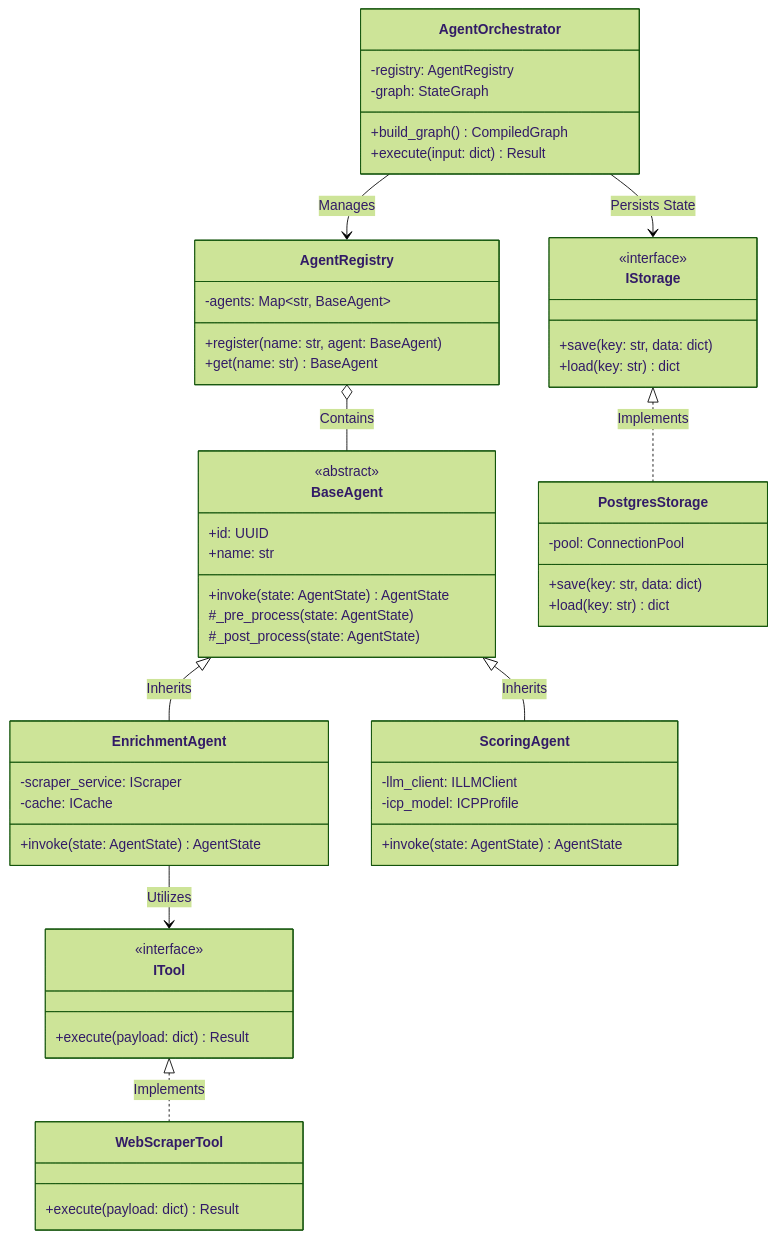
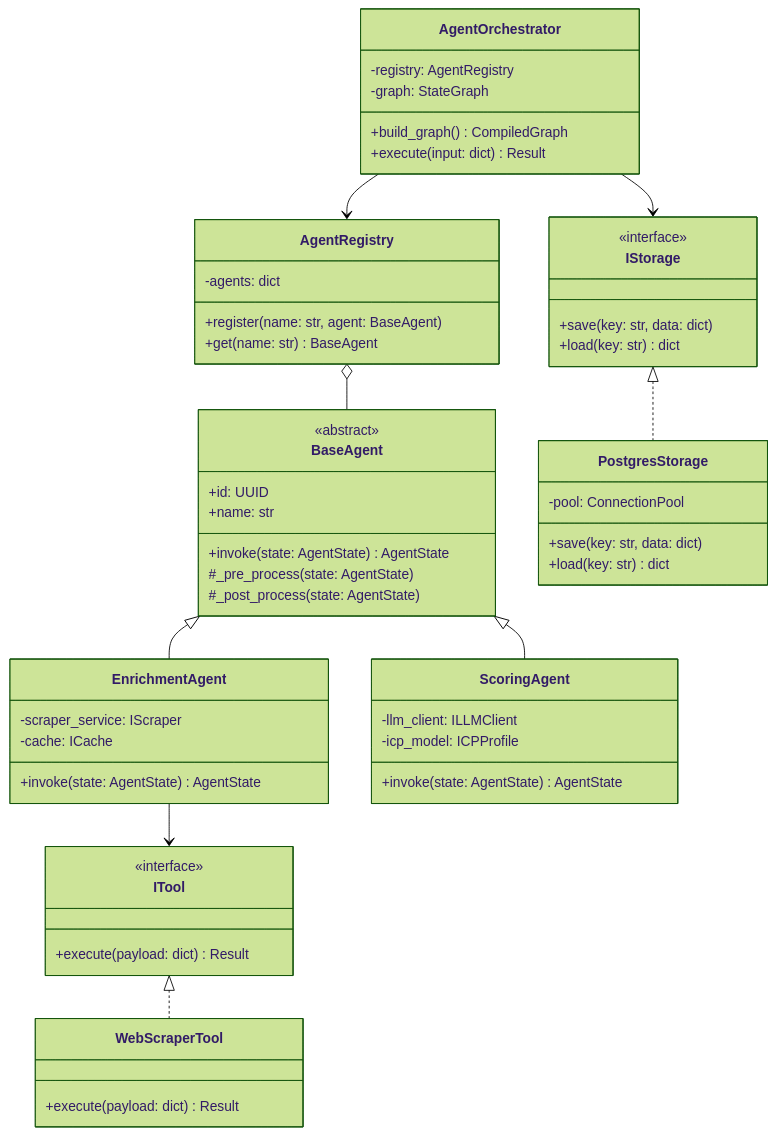
Before and after one commit to DeviPrasad7/Ideal-Customer-Profile-Agent: the diagram in backend/CLASS_DIAGRAM.md, drawn with Mermaid (forest theme). The commit also changed other lines of this file and 7 other files, not shown here.

Commit message:
docs: add comprehensive project architecture documentation and development guidelines

````diff
--- a/backend/CLASS_DIAGRAM.md
+++ b/backend/CLASS_DIAGRAM.md
@@ -20,73 +20,69 @@
 ```mermaid
 classDiagram
     direction TB
     
-    %% Core Abstractions
     class BaseAgent {
         <<abstract>>
         +id: UUID
         +name: str
         +invoke(state: AgentState) AgentState
         #_pre_process(state: AgentState)
         #_post_process(state: AgentState)
     }
 
     class ITool {
         <<interface>>
         +execute(payload: dict) Result
     }
 
     class IStorage {
         <<interface>>
         +save(key: str, data: dict)
         +load(key: str) dict
     }
 
-    %% Concrete Implementations
     class EnrichmentAgent {
         -scraper_service: IScraper
         -cache: ICache
         +invoke(state: AgentState) AgentState
     }
 
     class ScoringAgent {
         -llm_client: ILLMClient
         -icp_model: ICPProfile
         +invoke(state: AgentState) AgentState
     }
     
     class WebScraperTool {
         +execute(payload: dict) Result
     }
     
     class PostgresStorage {
         -pool: ConnectionPool
         +save(key: str, data: dict)
         +load(key: str) dict
     }
 
-    %% Orchestration
     class AgentOrchestrator {
         -registry: AgentRegistry
         -graph: StateGraph
         +build_graph() CompiledGraph
         +execute(input: dict) Result
     }
     
     class AgentRegistry {
-        -agents: Map~str, BaseAgent~
+        -agents: dict
         +register(name: str, agent: BaseAgent)
         +get(name: str) BaseAgent
     }
 
-    %% Relationships
-    BaseAgent <|-- EnrichmentAgent : Inherits
-    BaseAgent <|-- ScoringAgent : Inherits
-    ITool <|.. WebScraperTool : Implements
-    IStorage <|.. PostgresStorage : Implements
+    BaseAgent <|-- EnrichmentAgent
+    BaseAgent <|-- ScoringAgent
+    ITool <|.. WebScraperTool
+    IStorage <|.. PostgresStorage
     
-    AgentOrchestrator --> AgentRegistry : Manages
-    AgentRegistry o-- BaseAgent : Contains
-    EnrichmentAgent --> ITool : Utilizes
-    AgentOrchestrator --> IStorage : Persists State
+    AgentOrchestrator --> AgentRegistry
+    AgentRegistry o-- BaseAgent
+    EnrichmentAgent --> ITool
+    AgentOrchestrator --> IStorage
 ```
````
